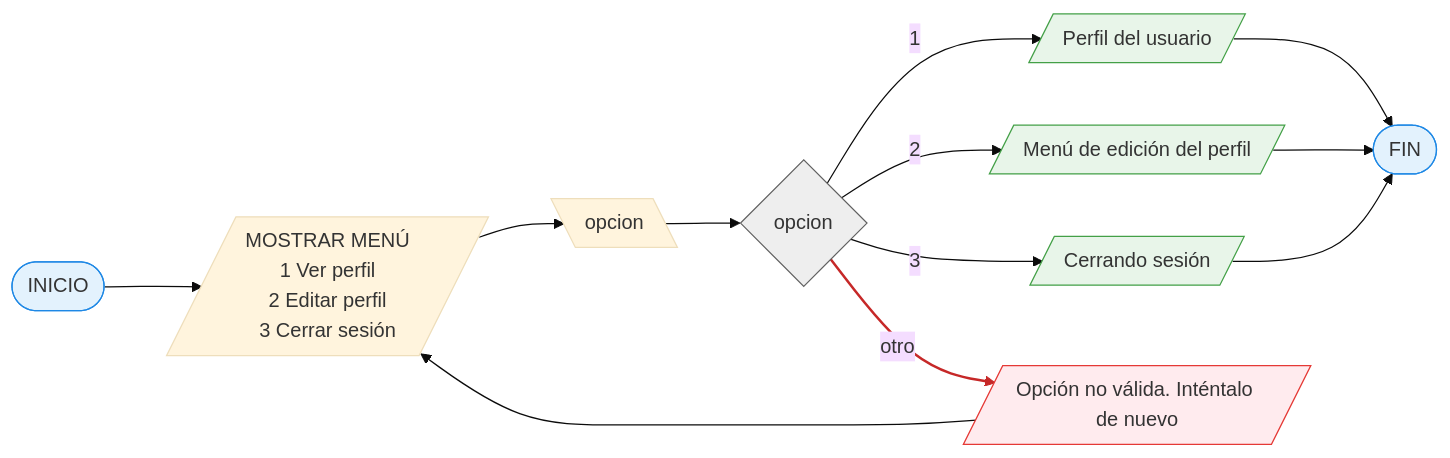
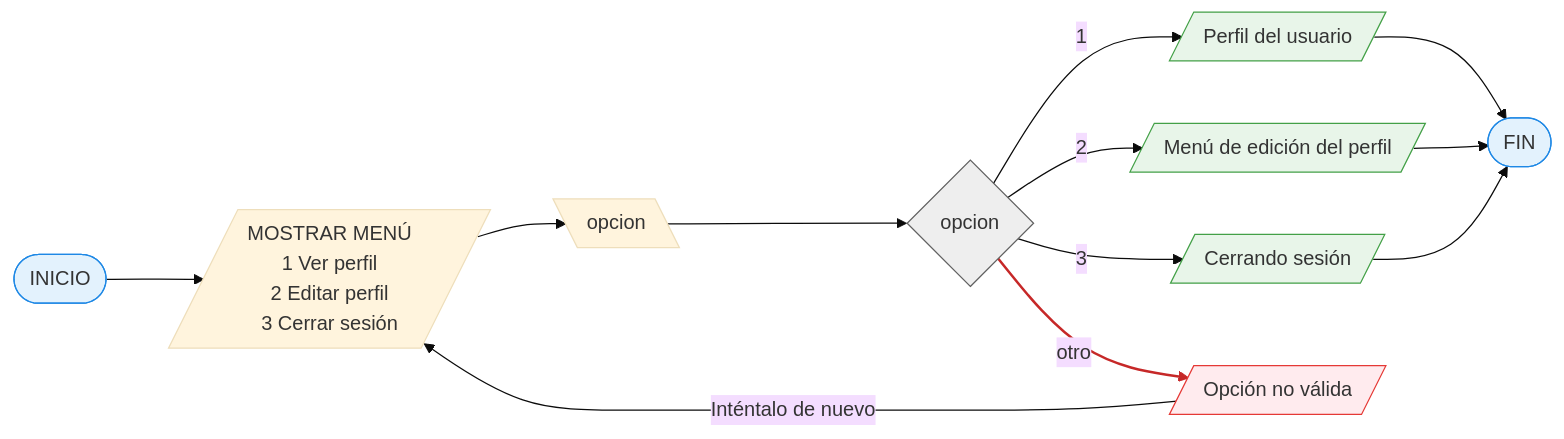
The fourth of 5 diagrams in content/ejercicios/ejercicios-2.md (AlexJYad/F5-web-knowledge), drawn with Mermaid (base theme) before and after one commit. The commit also changed other lines of this file, not shown here.

````diff
--- a/content/ejercicios/ejercicios-2.md
+++ b/content/ejercicios/ejercicios-2.md
@@ -281,43 +281,43 @@
 ```mermaid
 flowchart LR
    A([INICIO])
    Z([FIN])
 
    B[/MOSTRAR MENÚ
    1 Ver perfil
    2 Editar perfil
    3 Cerrar sesión/]
    C[\opcion\]
 
    S0{opcion}
    S0s1[/Perfil del usuario/]
    S0s2[/Menú de edición del perfil/]
    S0s3[/Cerrando sesión/]
-   S0n[/Opción no válida. Inténtalo de nuevo/]
+   S0n[/Opción no válida/]
 
 
    A --> B
    B --> C
    C --> S0
    S0 --> |1| S0s1 --> Z
    S0 --> |2| S0s2 --> Z
    S0 --> |3| S0s3 --> Z
-   S0 --> |otro| S0n --> B
+   S0 --> |otro| S0n --> |Inténtalo de nuevo| B
 
 
 
    classDef InFin fill:#e3f2fd,stroke:#1e88e5,stroke-width:1px
    classDef SI fill:#e8f5e9,stroke:#43a047,stroke-width:1px
    classDef NO fill:#fff8e1,stroke:#f9a825,stroke-width:1px
    classDef OR fill:#ffe0b2,stroke:#fb8c00,stroke-width:2px
    classDef error fill:#ffebee,stroke:#e53935,stroke-width:1px
    classDef decision fill:#eeeeee,stroke:#616161,stroke-width:1px
 
 
    class A,Z InFin
    class S0 decision
    class S0n error
    class S0s1,S0s2,S0s3 SI
 
    linkStyle 9 stroke:#c62828,stroke-width:2px
 ```
````
